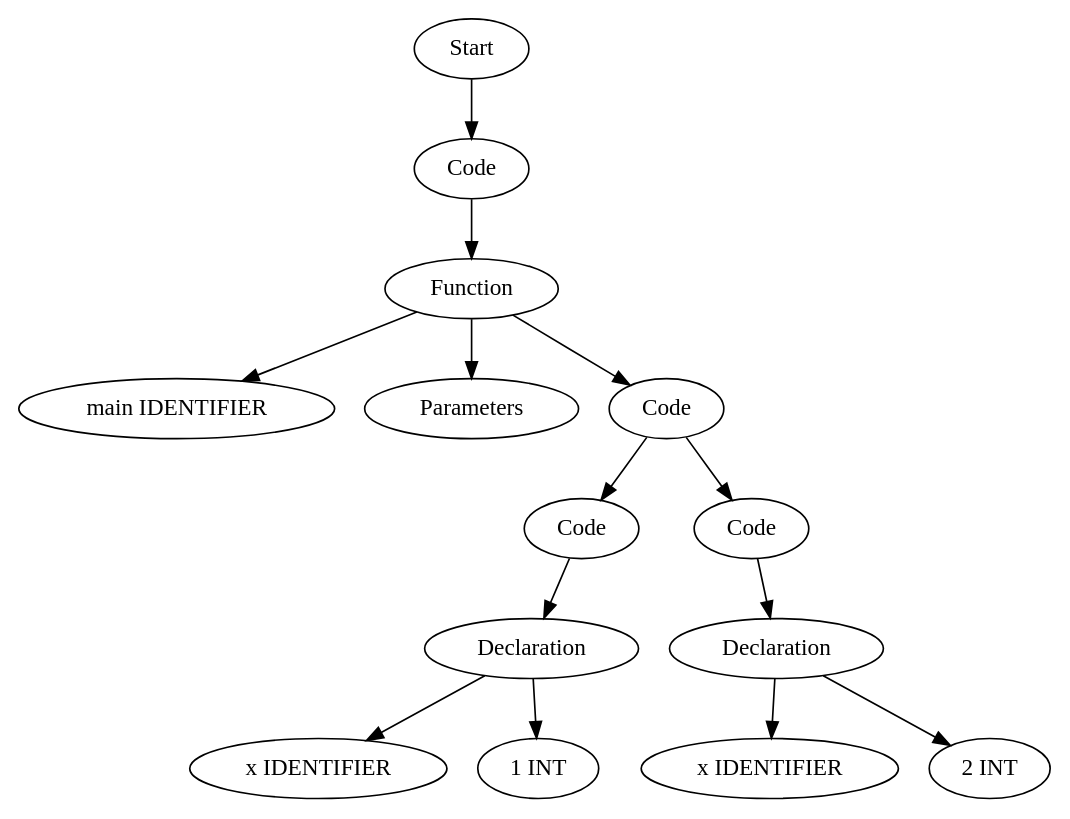
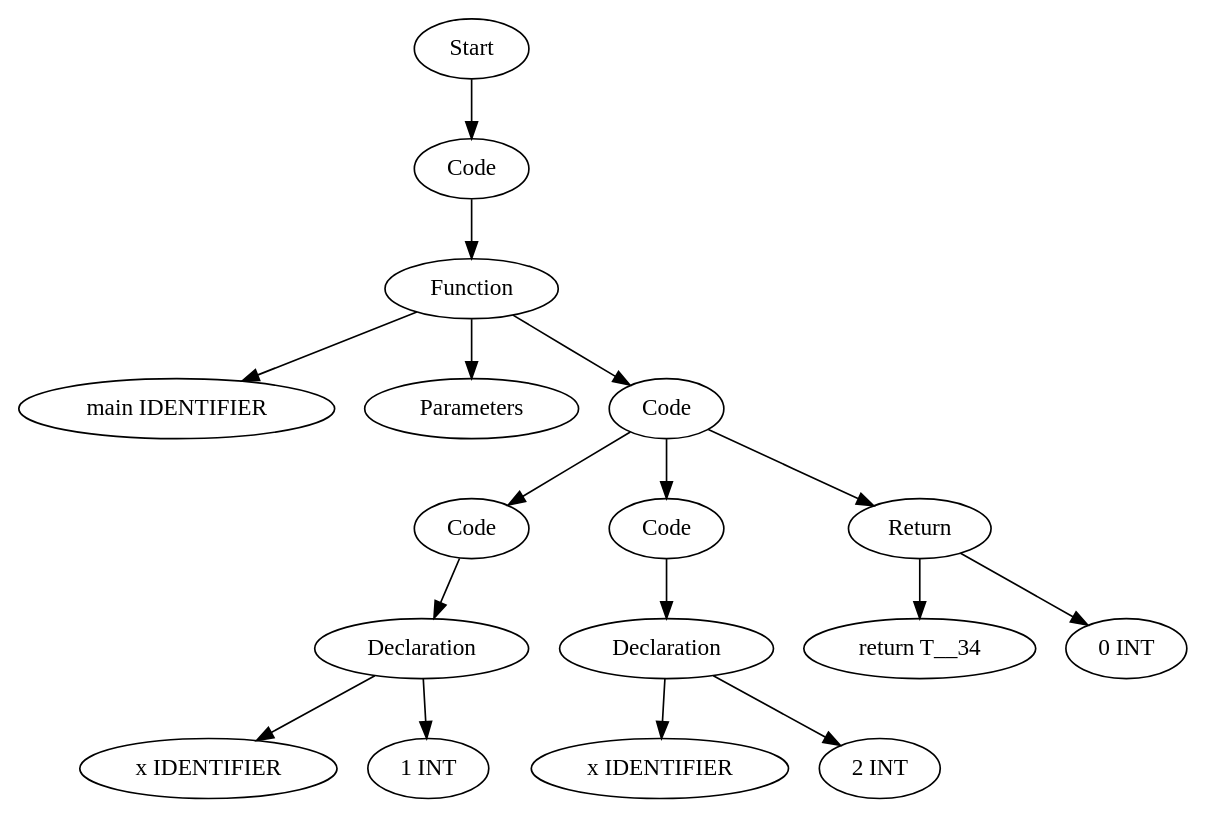
Before and after one commit to Are-you-listening/Compilers: the diagram in TestCases/ASTTests/SemanticErrorsTests/createTests/read_file_after.dot, drawn with Graphviz. The commit also changed 32 other files, not shown here.

```diff
--- a/TestCases/ASTTests/SemanticErrorsTests/createTests/read_file_after.dot
+++ b/TestCases/ASTTests/SemanticErrorsTests/createTests/read_file_after.dot
@@ -1,29 +1,35 @@
 digraph AST {
-  "131442034237184" [label="Start"];
-  "131442034237184" -> "131442034242944";
-  "131442034242944" [label="Code"];
-  "131442034242944" -> "131442034243088";
-  "131442034243088" [label="Function"];
-  "131442034243088" -> "131442034243184";
-  "131442034243088" -> "131442034243232";
-  "131442034243088" -> "131442034243280";
-  "131442034243184" [label="main IDENTIFIER"];
-  "131442034243232" [label="Parameters"];
-  "131442034243280" [label="Code"];
-  "131442034243280" -> "131442034243376";
-  "131442034243280" -> "131442034243424";
-  "131442034243376" [label="Code"];
-  "131442034243376" -> "131442034243472";
-  "131442034243472" [label="Declaration"];
-  "131442034243472" -> "131442034243568";
-  "131442034243472" -> "131442034243616";
-  "131442034243568" [label="x IDENTIFIER"];
-  "131442034243616" [label="1 INT"];
-  "131442034243424" [label="Code"];
-  "131442034243424" -> "131442034243664";
-  "131442034243664" [label="Declaration"];
-  "131442034243664" -> "131442034243760";
-  "131442034243664" -> "131442034243808";
-  "131442034243760" [label="x IDENTIFIER"];
-  "131442034243808" [label="2 INT"];
+  "128044840937616" [label="Start"];
+  "128044840937616" -> "128044840942896";
+  "128044840942896" [label="Code"];
+  "128044840942896" -> "128044840943040";
+  "128044840943040" [label="Function"];
+  "128044840943040" -> "128044840940592";
+  "128044840943040" -> "128044840939872";
+  "128044840943040" -> "128044840940544";
+  "128044840940592" [label="main IDENTIFIER"];
+  "128044840939872" [label="Parameters"];
+  "128044840940544" [label="Code"];
+  "128044840940544" -> "128044840938912";
+  "128044840940544" -> "128044840940976";
+  "128044840940544" -> "128044840939536";
+  "128044840938912" [label="Code"];
+  "128044840938912" -> "128044840941024";
+  "128044840941024" [label="Declaration"];
+  "128044840941024" -> "128044840934688";
+  "128044840941024" -> "128044840939728";
+  "128044840934688" [label="x IDENTIFIER"];
+  "128044840939728" [label="1 INT"];
+  "128044840940976" [label="Code"];
+  "128044840940976" -> "128044840939344";
+  "128044840939344" [label="Declaration"];
+  "128044840939344" -> "128044840936176";
+  "128044840939344" -> "128044840930032";
+  "128044840936176" [label="x IDENTIFIER"];
+  "128044840930032" [label="2 INT"];
+  "128044840939536" [label="Return"];
+  "128044840939536" -> "128044840938096";
+  "128044840939536" -> "128044840938000";
+  "128044840938096" [label="return T__34"];
+  "128044840938000" [label="0 INT"];
 }
```
